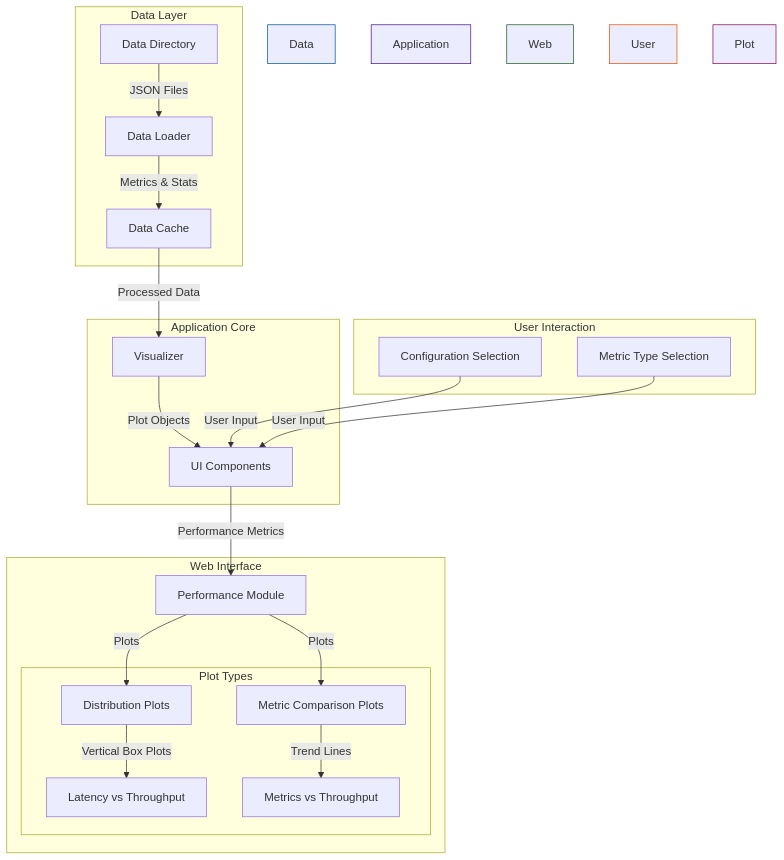
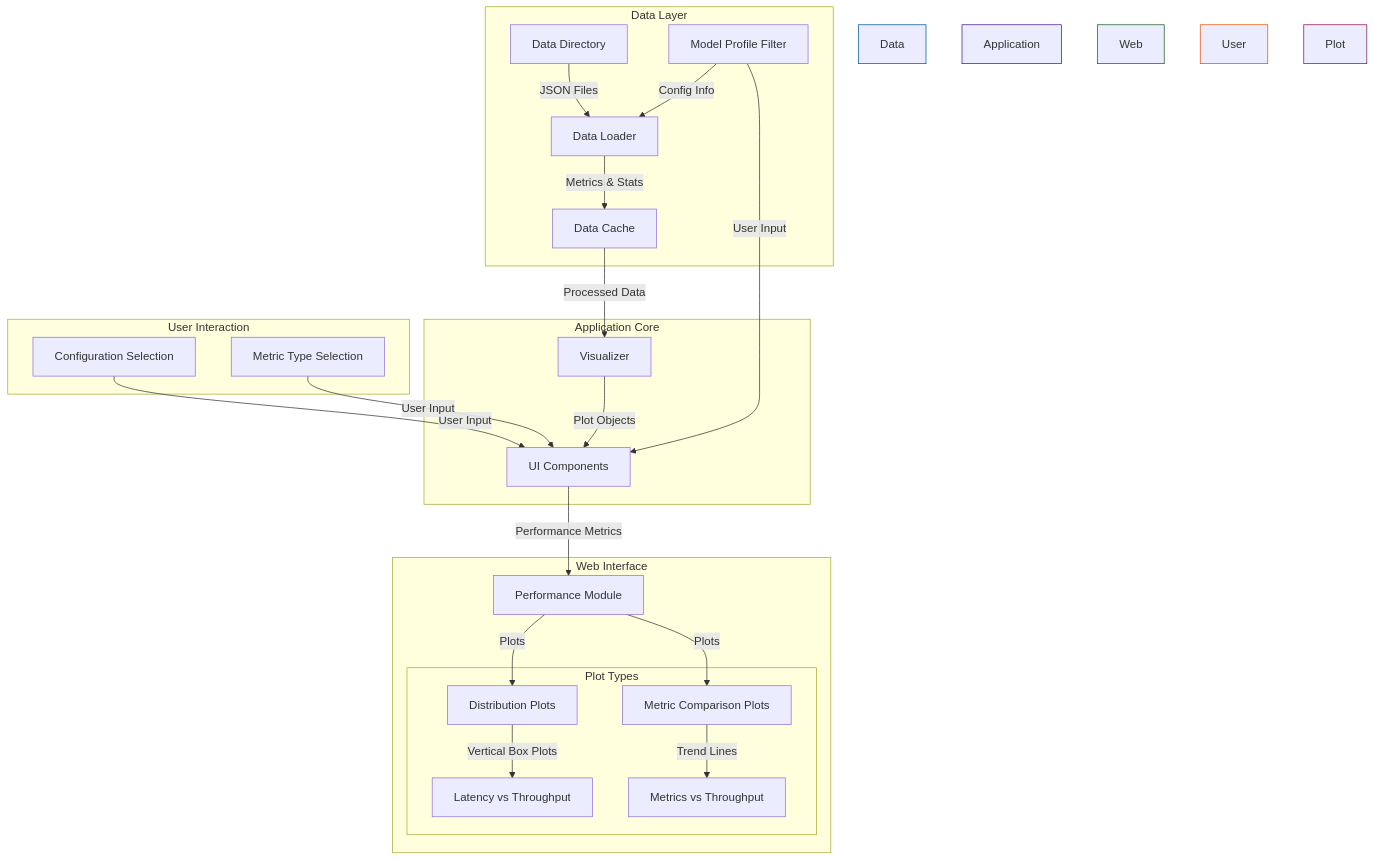
Before and after one commit to ansjindal/genai-perf-analyzer: the diagram in docs/architecture.md, drawn with Mermaid. The commit also changed other lines of this file and 5 other files, not shown here.

Commit message:
update to include model profile

````diff
--- a/docs/architecture.md
+++ b/docs/architecture.md
@@ -5,35 +5,37 @@
 ```mermaid
 graph TB
     subgraph Data Layer
         D[Data Directory] --> |JSON Files| DL[Data Loader]
         DL --> |Metrics & Stats| DC[Data Cache]
+        MP[Model Profiles] --> |Config Info| DL
     end
 
     subgraph Application Core
         DC --> |Processed Data| V[Visualizer]
         V --> |Plot Objects| UI[UI Components]
     end
 
     subgraph Web Interface
         UI --> |Performance Metrics| PM[Performance Module]
         
         PM --> |Plots| P1[Distribution Plots]
         PM --> |Plots| P2[Metric Comparison Plots]
         
         subgraph Plot Types
             P1 --> |Vertical Box Plots| VB[Latency vs Throughput]
             P2 --> |Trend Lines| TL[Metrics vs Throughput]
         end
     end
 
     subgraph User Interaction
         C[Configuration Selection] --> |User Input| UI
         MT[Metric Type Selection] --> |User Input| UI
+        MP[Model Profile Filter] --> |User Input| UI
     end
 
     style Data Layer fill:#e1f5fe,stroke:#01579b
     style Application Core fill:#f3e5f5,stroke:#4a148c
     style Web Interface fill:#e8f5e9,stroke:#1b5e20
     style User Interaction fill:#fff3e0,stroke:#e65100
     style Plot Types fill:#fce4ec,stroke:#880e4f
 ```
````
